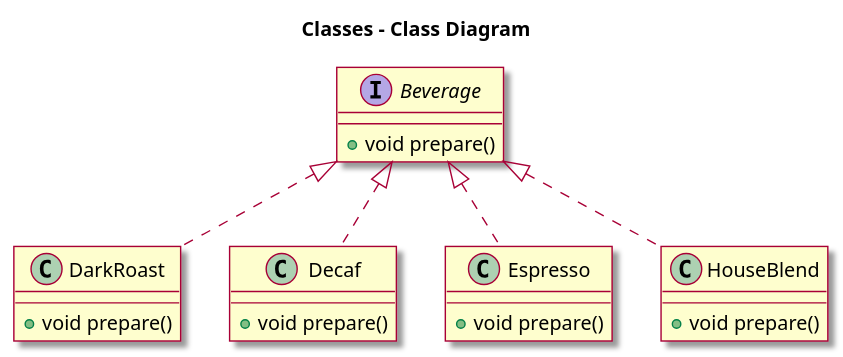
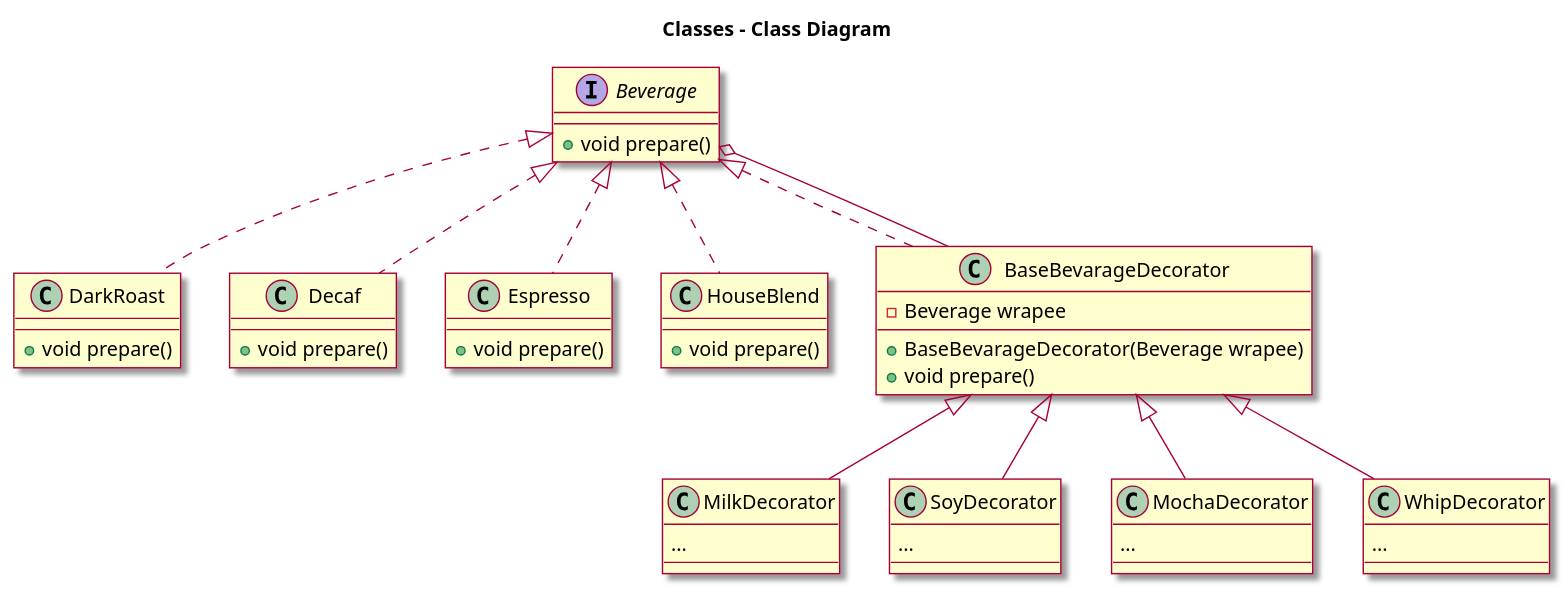
One commit to A00820449/lab2-software-design changed the diagram in plantuml.wsd. Above: the diagram before and after it, drawn with PlantUML.

Commit message:
added class diagram

```diff
--- a/plantuml.wsd
+++ b/plantuml.wsd
@@ -1,27 +1,51 @@
 @startuml class
 
 skin rose
 
 title Classes - Class Diagram
 
 interface Beverage {
     +void prepare()
 }
 
 class DarkRoast implements Beverage {
     +void prepare()
 }
 
 class Decaf implements Beverage {
     +void prepare()
 }
 
 class Espresso implements Beverage {
     +void prepare()
 }
 
 class HouseBlend implements Beverage {
     +void prepare()
 }
 
+class BaseBevarageDecorator implements Beverage {
+    -Beverage wrapee
+    +BaseBevarageDecorator(Beverage wrapee)
+    +void prepare()
+}
+
+BaseBevarageDecorator --o Beverage
+
+class MilkDecorator extends BaseBevarageDecorator {
+    ...
+}
+
+class SoyDecorator extends BaseBevarageDecorator {
+    ...
+}
+
+class MochaDecorator extends BaseBevarageDecorator {
+    ...
+}
+
+class WhipDecorator extends BaseBevarageDecorator {
+    ...
+}
+
 @enduml
```
